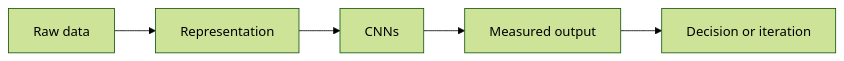
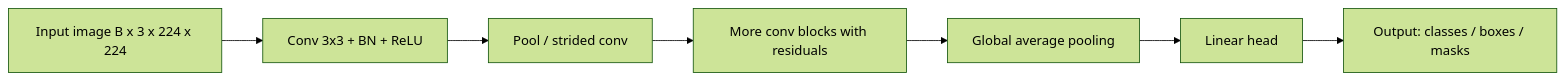
Before and after one commit to Icon1cc/Machine-Learning: the diagram in deep-learning/09-cnns.md, drawn with Mermaid (forest theme). The commit also changed other lines of this file and 264 other files, not shown here.

````diff
--- a/deep-learning/09-cnns.md
+++ b/deep-learning/09-cnns.md
@@ -92,7 +227,9 @@
 ```mermaid
 flowchart LR
-    A[Raw data] --> B[Representation]
-    B --> C[CNNs]
-    C --> D[Measured output]
-    D --> E[Decision or iteration]
+    I[Input image B x 3 x 224 x 224] --> C1[Conv 3x3 + BN + ReLU]
+    C1 --> P1[Pool / strided conv]
+    P1 --> C2[More conv blocks with residuals]
+    C2 --> G[Global average pooling]
+    G --> H[Linear head]
+    H --> O[Output: classes / boxes / masks]
 ```
````
